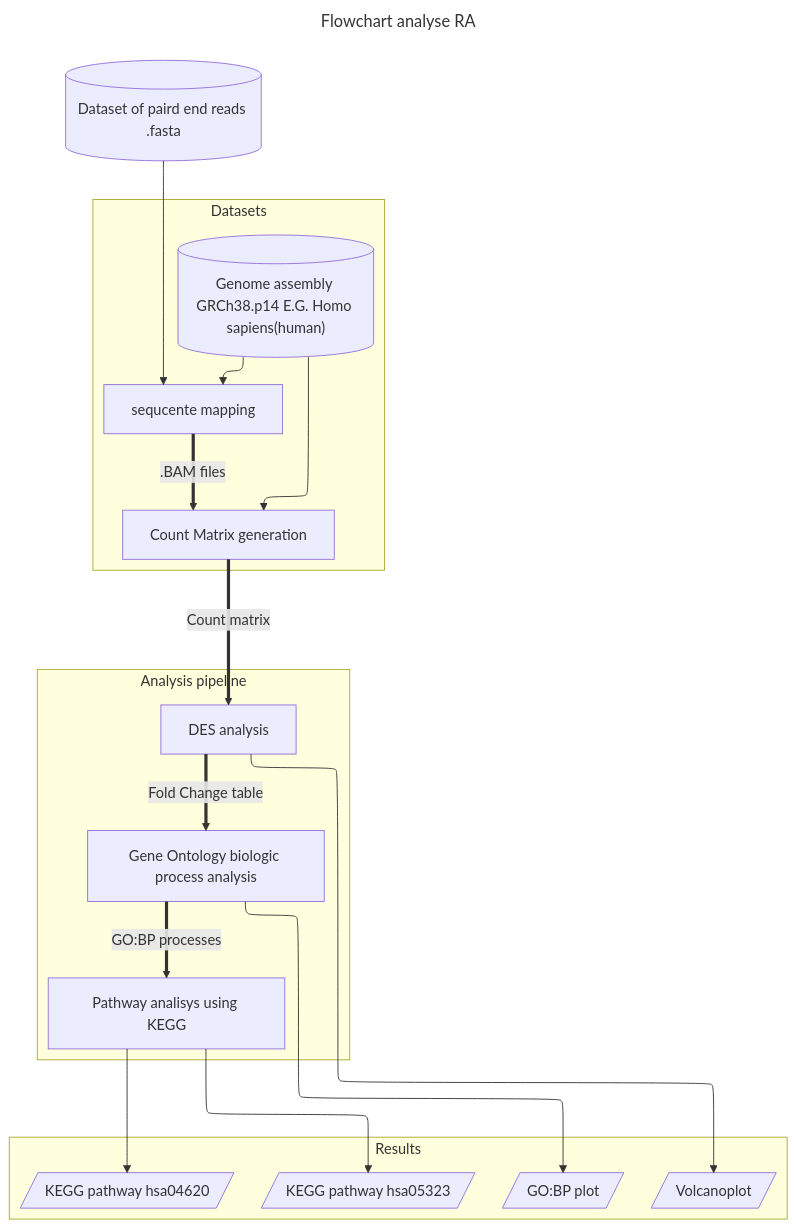
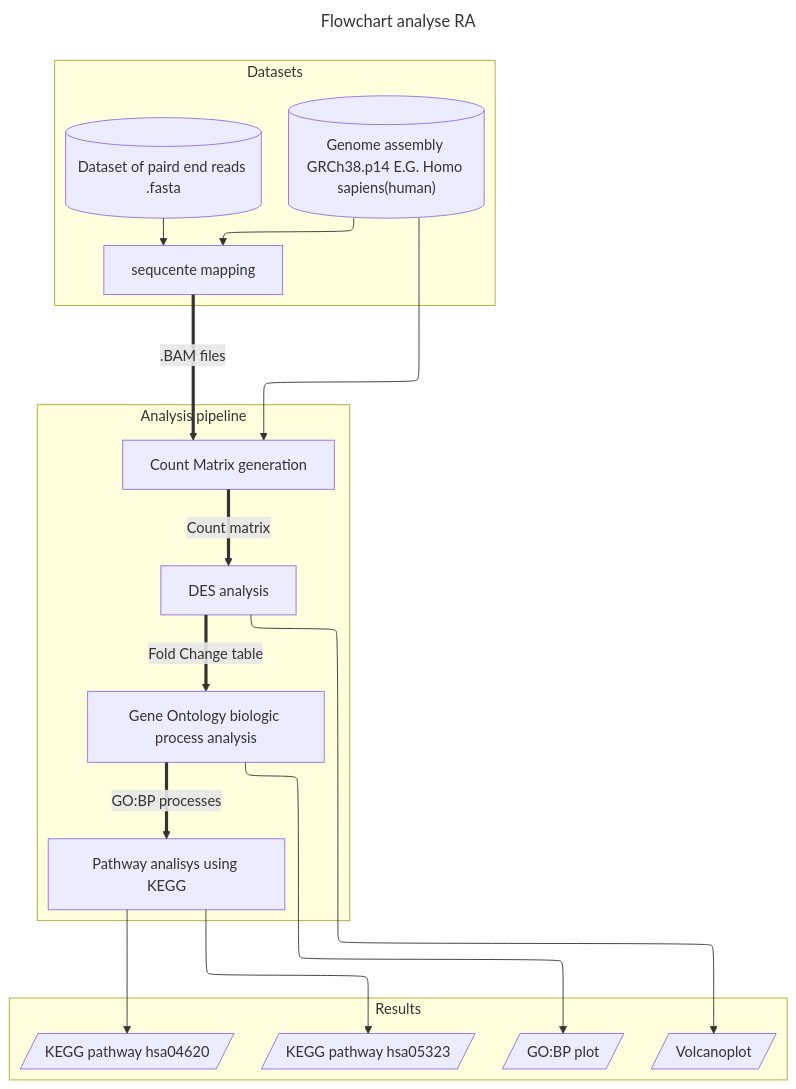
The diagram in README.md (Quantum-Coder826/J2P4casusTranscriptomics), drawn with Mermaid before and after one commit.

Commit message:
Moved nodes

````diff
--- a/README.md
+++ b/README.md
@@ -38,45 +38,45 @@
 ```mermaid
 ---
 config:
   flowchart:
     defaultRenderer: elk
 title: Flowchart analyse RA 
 ---
 flowchart-elk TB
   subgraph thee [Datasets]
     HG38[("Genome assembly GRCh38.p14 E.G. Homo sapiens(human)")]
+    
+    dataset[("Dataset of paird end reads .fasta")] --> seq_map
+  end
+  
+  subgraph one [Analysis pipeline]
     HG38 --> seq_map
     HG38 --> matrix
-  end
-  
-  dataset[("Dataset of paird end reads .fasta")] --> seq_map
-  
-  subgraph one [Analysis pipeline]
-        seq_map["sequcente mapping"] ==>|".BAM files"| matrix
-        matrix["Count Matrix generation"] ==>|"Count matrix"| data_ana
-        data_ana["DES analysis"] ==>|"Fold Change table"| GO_ana
-        GO_ana["Gene Ontology biologic process analysis"] ==>|"GO:BP processes"| KEGG_ana
-        KEGG_ana["Pathway analisys using KEGG"]
+    
+    seq_map["sequcente mapping"] ==>|".BAM files"| matrix
+    matrix["Count Matrix generation"] ==>|"Count matrix"| data_ana
+    data_ana["DES analysis"] ==>|"Fold Change table"| GO_ana
+    GO_ana["Gene Ontology biologic process analysis"] ==>|"GO:BP processes"| KEGG_ana
+    KEGG_ana["Pathway analisys using KEGG"]
   end
   
   subgraph two [Results]
     GO_ana ---> GO_plot[/"GO:BP plot"/]
     KEGG_ana ---> KEGG_hsa05323[/"KEGG pathway hsa05323"/]
     KEGG_ana ---> KEGG_hsa04620[/"KEGG pathway hsa04620"/]
     data_ana ---> Volcano[/"Volcanoplot"/]
   end
   
-
   classDef hidden display: none
   click HG38 "https://www.ncbi.nlm.nih.gov/datasets/genome/GCF_000001405.40/"
   click seq_map "https://github.com/Quantum-Coder826/J2P4casusTranscriptomics/blob/main/scripts/seq_mapping.R"
   click matrix "https://github.com/Quantum-Coder826/J2P4casusTranscriptomics/blob/main/scripts/count_matrix.R"
   click data_ana "https://github.com/Quantum-Coder826/J2P4casusTranscriptomics/blob/main/scripts/data_ana.R"
   click GO_ana "https://github.com/Quantum-Coder826/J2P4casusTranscriptomics/blob/main/scripts/GO_analysis.R"
   click KEGG_ana "https://github.com/Quantum-Coder826/J2P4casusTranscriptomics/blob/main/scripts/KEGG_analysis.R"
   click GO_plot "https://github.com/Quantum-Coder826/J2P4casusTranscriptomics/blob/main/results/GO/GOanalysis.png"
   click KEGG_hsa05323 "https://github.com/Quantum-Coder826/J2P4casusTranscriptomics/blob/main/results/hsa05323.pathview.png"
   click KEGG_hsa04620 "https://github.com/Quantum-Coder826/J2P4casusTranscriptomics/blob/main/results/hsa04620.pathview.png"
   click Volcano "https://github.com/Quantum-Coder826/J2P4casusTranscriptomics/blob/main/results/VolcanoplotWC.png"
 
 ```
````
